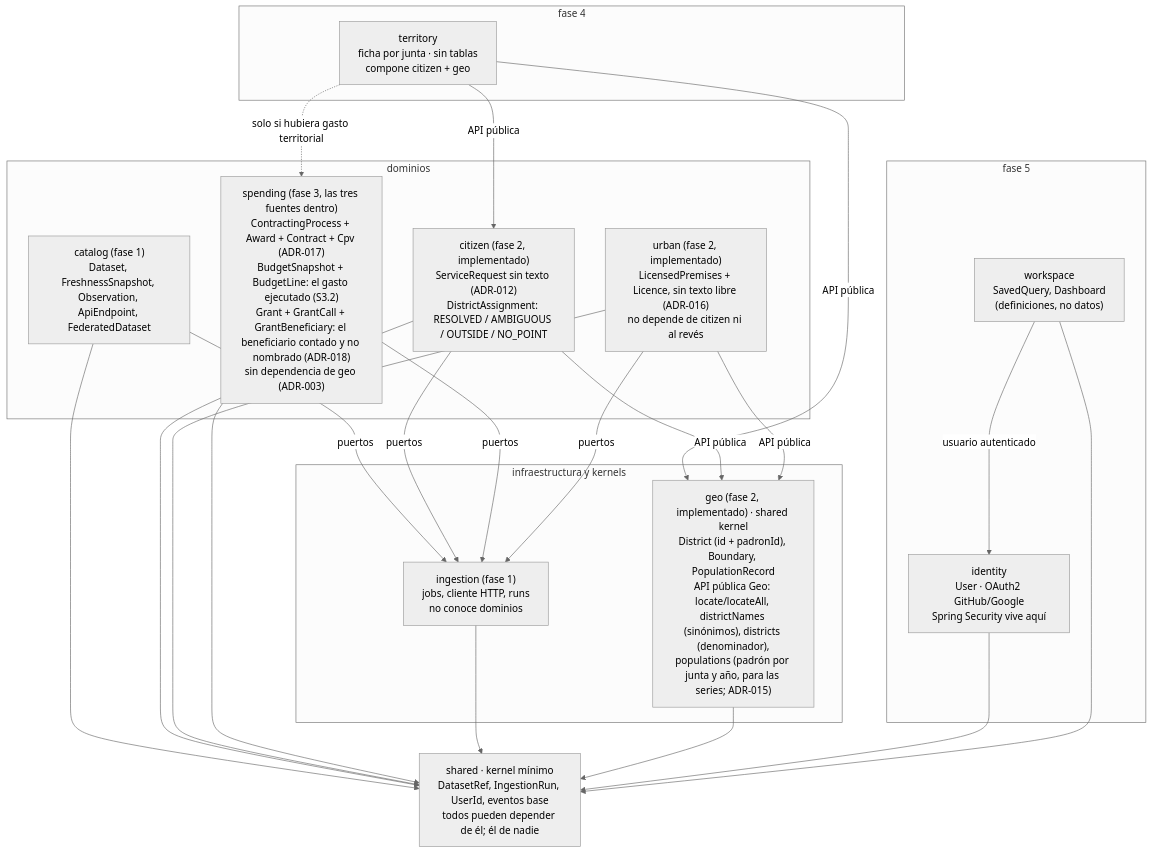
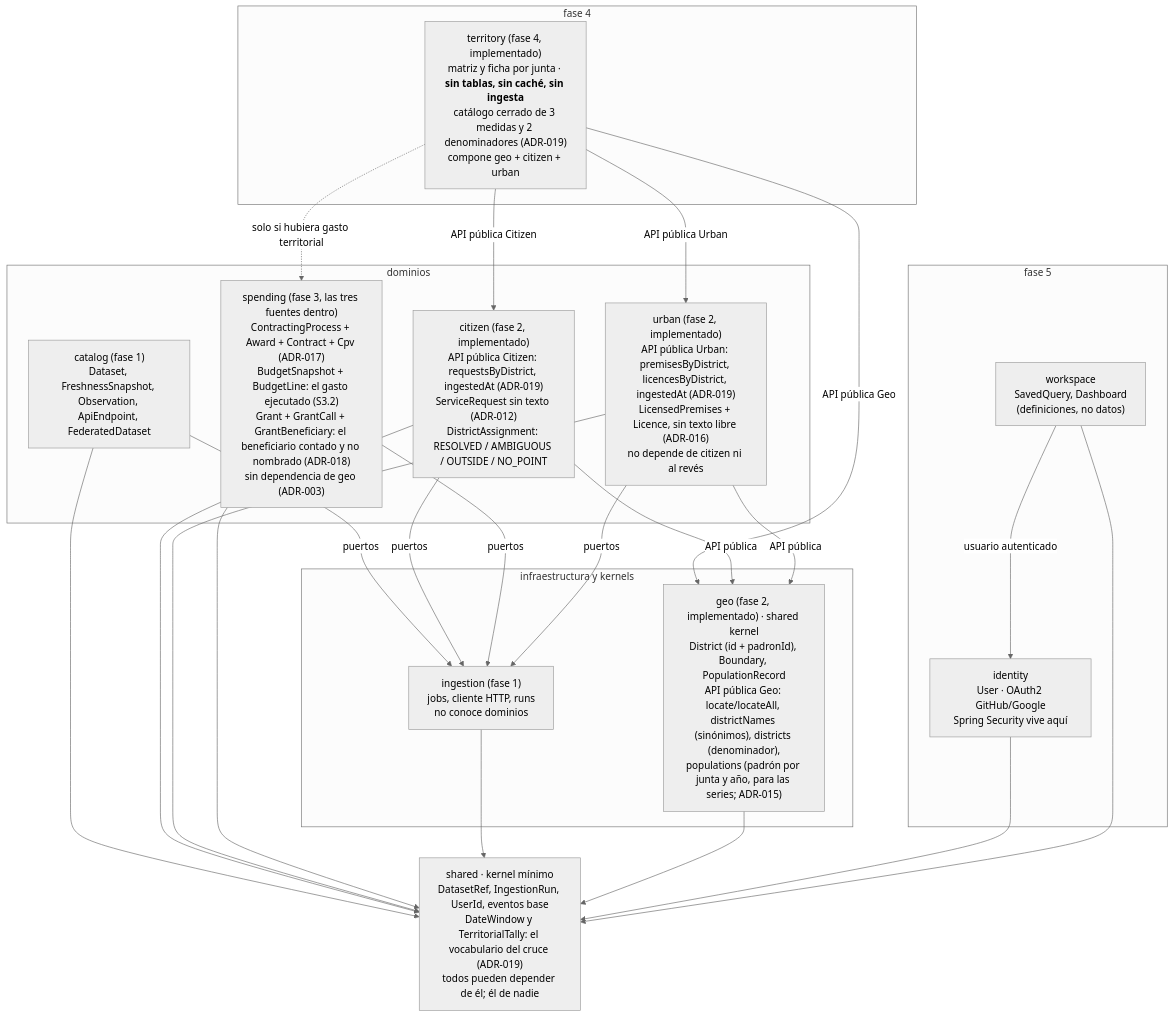
One commit to MarioNaya/zaragoza-observatorio changed the second of 3 diagrams in docs/arquitectura.md. Above: the diagram before and after it, drawn with Mermaid (neutral theme). The commit also changed other lines of this file and 29 other files, not shown here.

````diff
--- a/docs/arquitectura.md
+++ b/docs/arquitectura.md
@@ -79,33 +79,34 @@
 ```mermaid
 flowchart TB
   subgraph F5["fase 5"]
     WS["workspace<br/>SavedQuery, Dashboard<br/>(definiciones, no datos)"]
     ID["identity<br/>User · OAuth2 GitHub/Google<br/>Spring Security vive aquí"]
   end
   subgraph F4["fase 4"]
-    TER["territory<br/>ficha por junta · sin tablas<br/>compone citizen + geo"]
+    TER["territory (fase 4, implementado)<br/>matriz y ficha por junta · <b>sin tablas, sin caché, sin ingesta</b><br/>catálogo cerrado de 3 medidas y 2 denominadores (ADR-019)<br/>compone geo + citizen + urban"]
   end
   subgraph DOM["dominios"]
     CATM["catalog (fase 1)<br/>Dataset, FreshnessSnapshot, Observation, ApiEndpoint, FederatedDataset"]
-    CIT["citizen (fase 2, implementado)<br/>ServiceRequest sin texto (ADR-012)<br/>DistrictAssignment: RESOLVED / AMBIGUOUS / OUTSIDE / NO_POINT"]
-    URB["urban (fase 2, implementado)<br/>LicensedPremises + Licence, sin texto libre (ADR-016)<br/>no depende de citizen ni al revés"]
+    CIT["citizen (fase 2, implementado)<br/>API pública Citizen: requestsByDistrict, ingestedAt (ADR-019)<br/>ServiceRequest sin texto (ADR-012)<br/>DistrictAssignment: RESOLVED / AMBIGUOUS / OUTSIDE / NO_POINT"]
+    URB["urban (fase 2, implementado)<br/>API pública Urban: premisesByDistrict, licencesByDistrict, ingestedAt (ADR-019)<br/>LicensedPremises + Licence, sin texto libre (ADR-016)<br/>no depende de citizen ni al revés"]
     SPE["spending (fase 3, las tres fuentes dentro)<br/>ContractingProcess + Award + Contract + Cpv (ADR-017)<br/>BudgetSnapshot + BudgetLine: el gasto ejecutado (S3.2)<br/>Grant + GrantCall + GrantBeneficiary: el beneficiario contado y no nombrado (ADR-018)<br/>sin dependencia de geo (ADR-003)"]
   end
   subgraph INFRA["infraestructura y kernels"]
     INGM["ingestion (fase 1)<br/>jobs, cliente HTTP, runs<br/>no conoce dominios"]
     GEO["geo (fase 2, implementado) · shared kernel<br/>District (id + padronId), Boundary, PopulationRecord<br/>API pública Geo: locate/locateAll, districtNames (sinónimos), districts (denominador),<br/>populations (padrón por junta y año, para las series; ADR-015)"]
   end
-  SH["shared · kernel mínimo<br/>DatasetRef, IngestionRun, UserId, eventos base<br/>todos pueden depender de él; él de nadie"]
+  SH["shared · kernel mínimo<br/>DatasetRef, IngestionRun, UserId, eventos base<br/>DateWindow y TerritorialTally: el vocabulario del cruce (ADR-019)<br/>todos pueden depender de él; él de nadie"]
 
   WS -- "usuario autenticado" --> ID
-  TER -- "API pública" --> CIT
-  TER -- "API pública" --> GEO
+  TER -- "API pública Citizen" --> CIT
+  TER -- "API pública Urban" --> URB
+  TER -- "API pública Geo" --> GEO
   TER -. "solo si hubiera gasto territorial" .-> SPE
   CATM -- "puertos" --> INGM
   CIT -- "puertos" --> INGM
   SPE -- "puertos" --> INGM
   URB -- "puertos" --> INGM
   CIT -- "API pública" --> GEO
   URB -- "API pública" --> GEO
   CATM & CIT & URB & SPE & INGM & GEO & ID & WS --> SH
 ```
````
